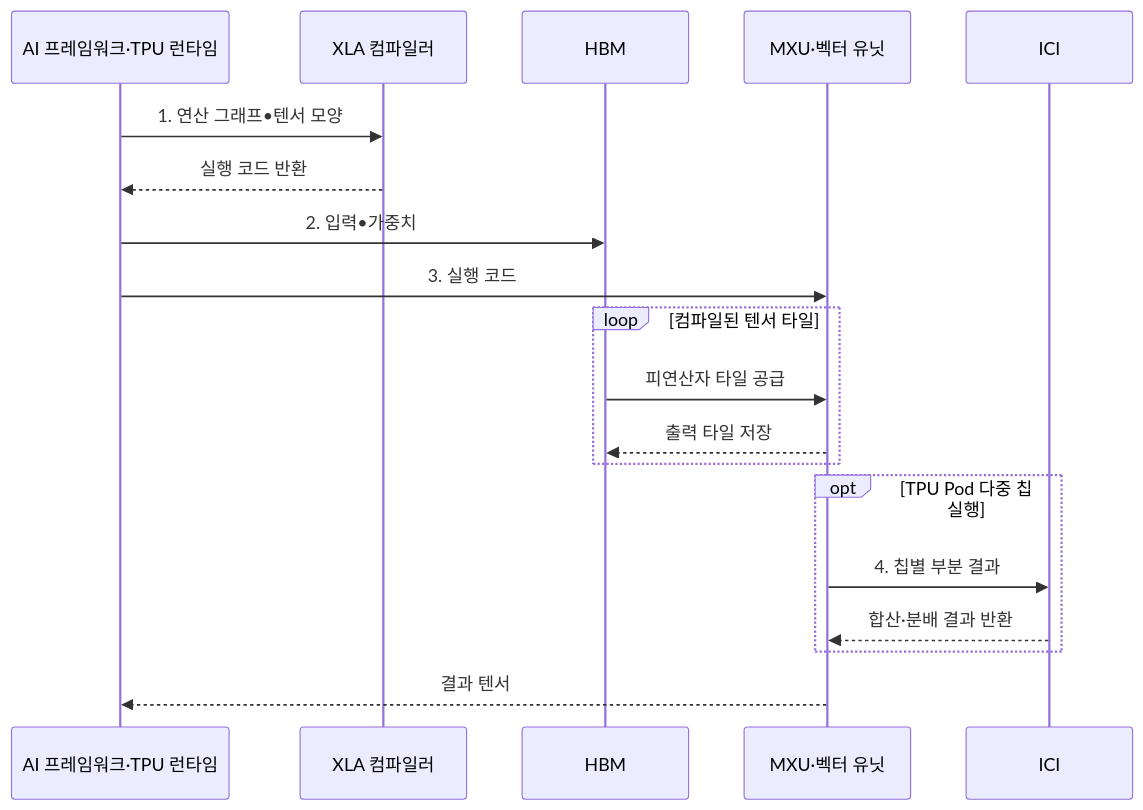
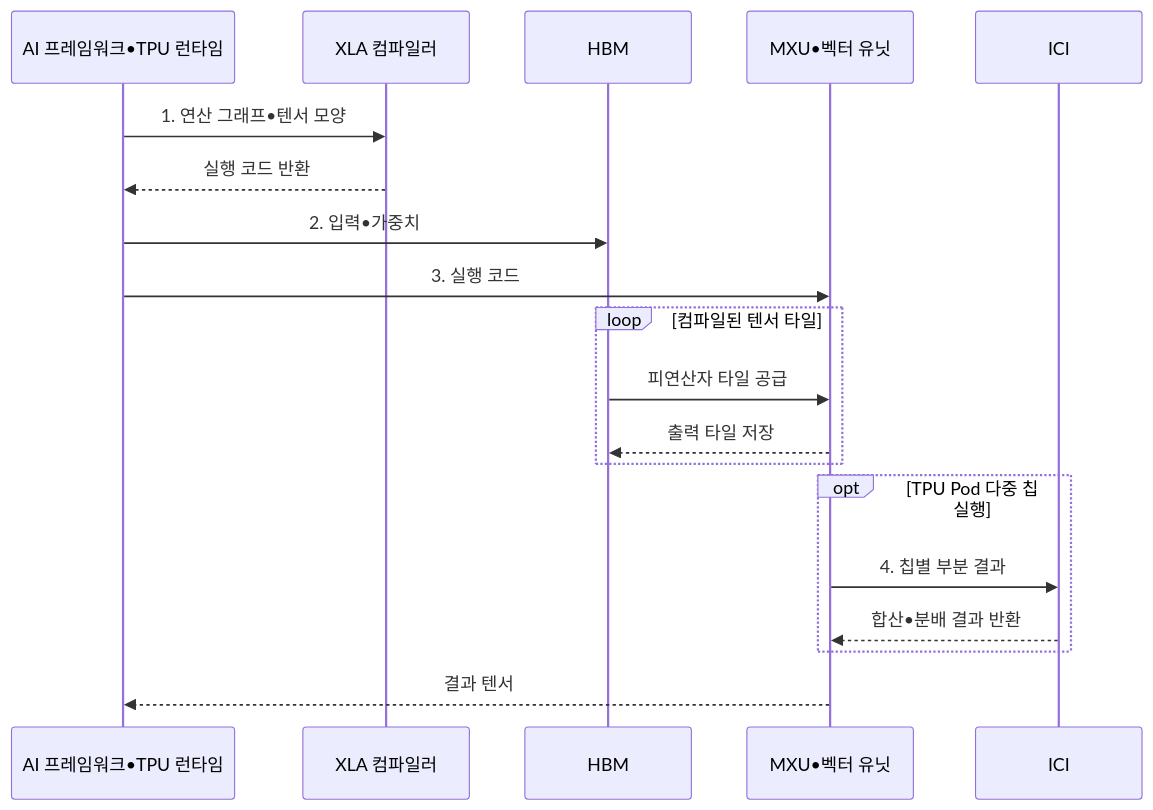
Before and after one commit to agnusdei1207/knowledge-base: the second of 2 diagrams in src/content/docs/notes/02-hardware/043_tensor_processing_unit.md, drawn with Mermaid. The commit also changed other lines of this file and 953 other files, not shown here.

````diff
--- a/src/content/docs/notes/02-hardware/043_tensor_processing_unit.md
+++ b/src/content/docs/notes/02-hardware/043_tensor_processing_unit.md
@@ -105,22 +105,22 @@
 ```mermaid
 sequenceDiagram
-    participant A as AI 프레임워크·TPU 런타임
+    participant A as AI 프레임워크•TPU 런타임
     participant X as XLA 컴파일러
     participant H as HBM
-    participant C as MXU·벡터 유닛
+    participant C as MXU•벡터 유닛
     participant I as ICI
 
     A->>X: 1. 연산 그래프•텐서 모양
     X-->>A: 실행 코드 반환
     A->>H: 2. 입력•가중치
     A->>C: 3. 실행 코드
     loop 컴파일된 텐서 타일
         H->>C: 피연산자 타일 공급
         C-->>H: 출력 타일 저장
     end
     opt TPU Pod 다중 칩 실행
         C->>I: 4. 칩별 부분 결과
-        I-->>C: 합산·분배 결과 반환
+        I-->>C: 합산•분배 결과 반환
     end
     C-->>A: 결과 텐서
 ```
````
